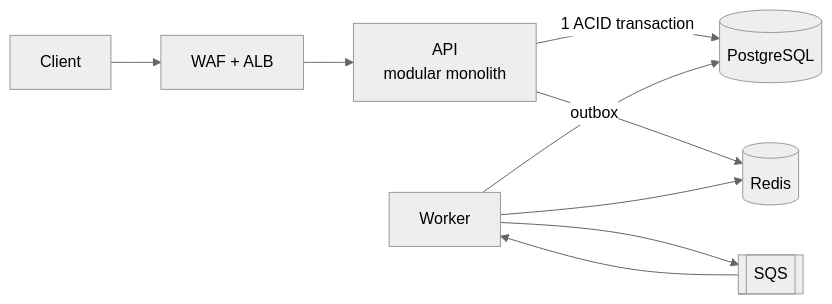
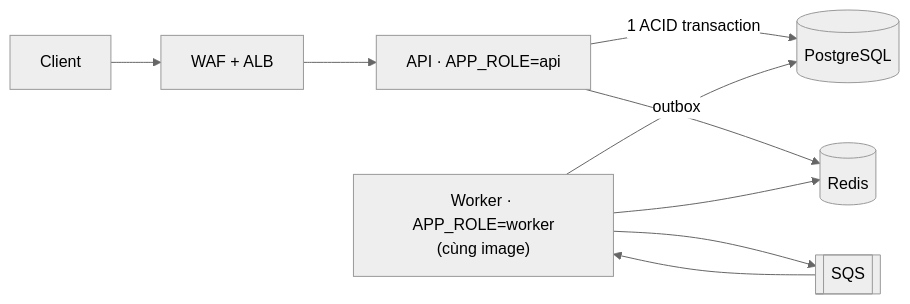
Before and after one commit to Lawliet119/digital-banking-simulator: the diagram in README.md, drawn with Mermaid (neutral theme). The commit also changed other lines of this file and 73 other files, not shown here.

First line of the commit message:
feat(backend): scaffold single NestJS app that runs as api | worker | both

````diff
--- a/README.md
+++ b/README.md
@@ -21,9 +21,9 @@
 ```mermaid
 flowchart LR
-    C[Client] --> EDGE[WAF + ALB] --> API[API<br/>modular monolith]
+    C[Client] --> EDGE[WAF + ALB] --> API["API · APP_ROLE=api"]
     API -->|1 ACID transaction| PG[(PostgreSQL)]
     API --> RD[(Redis)]
-    WRK[Worker] -->|outbox| PG
+    WRK["Worker · APP_ROLE=worker<br/>(cùng image)"] -->|outbox| PG
     WRK --> Q[[SQS]] --> WRK
     WRK --> RD
 ```
````
